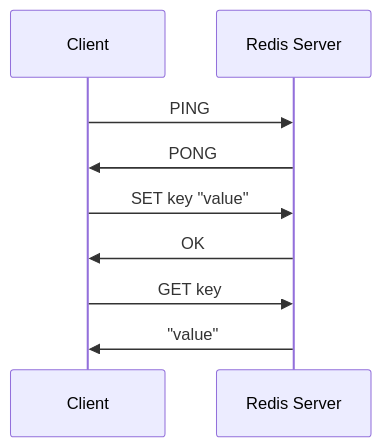
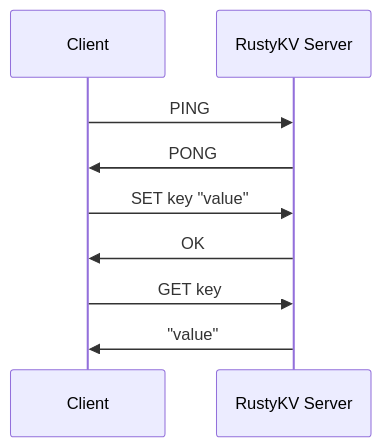
Before and after one commit to rusty-org/rusty-kv-cli: the diagram in README.md, drawn with Mermaid. The commit also changed other lines of this file and 1 other file, not shown here.

````diff
--- a/README.md
+++ b/README.md
@@ -25,12 +27,12 @@
 ```mermaid
 sequenceDiagram
     participant C as Client
-    participant S as Redis Server
+    participant S as RustyKV Server
 
     C->>S: PING
     S->>C: PONG
     C->>S: SET key "value"
     S->>C: OK
     C->>S: GET key
     S->>C: "value"
 ```
````
